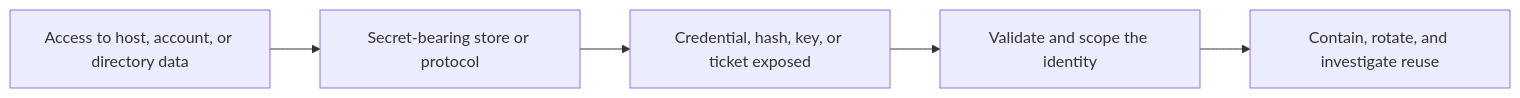
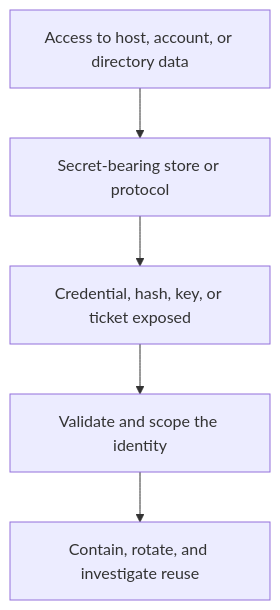
One commit to alham-rizvi/FindMyAttackPath changed the diagram in docs/phases/cred.md. Above: the diagram before and after it, drawn with Mermaid. The commit also changed 45 other files, not shown here.

````diff
--- a/docs/phases/cred.md
+++ b/docs/phases/cred.md
@@ -12,7 +12,7 @@
 ```mermaid
-flowchart LR
+flowchart TD
   A[Access to host, account, or directory data] --> B[Secret-bearing store or protocol]
   B --> C[Credential, hash, key, or ticket exposed]
   C --> D[Validate and scope the identity]
   D --> E[Contain, rotate, and investigate reuse]
 ```
````
